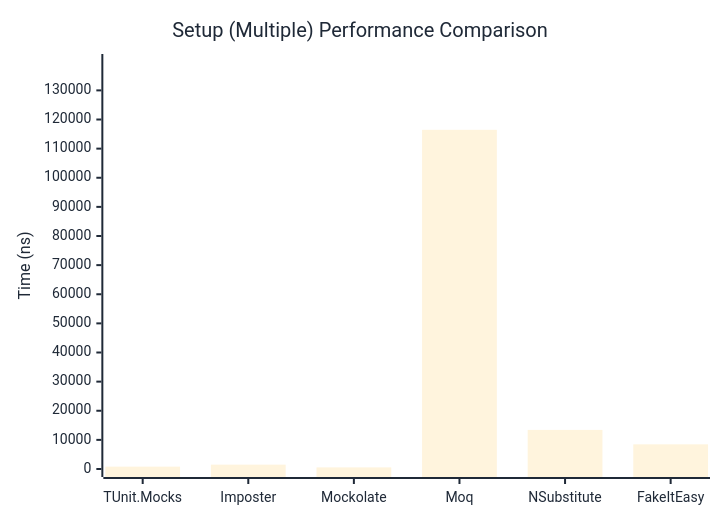
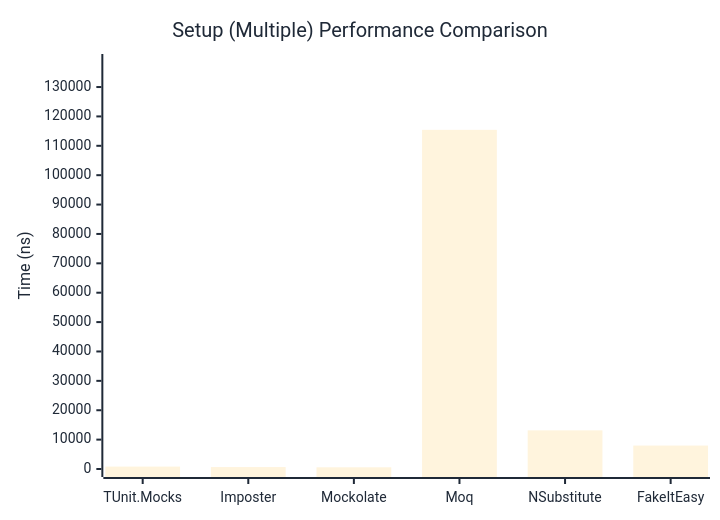
Before and after one commit to thomhurst/TUnit: the second of 2 diagrams in docs/docs/benchmarks/mocks/Setup.md, drawn with Mermaid. The commit also changed other lines of this file and 14 other files, not shown here.

````diff
--- a/docs/docs/benchmarks/mocks/Setup.md
+++ b/docs/docs/benchmarks/mocks/Setup.md
@@ -71,27 +71,27 @@
 ```mermaid
 %%{init: {
   'theme':'base',
   'themeVariables': {
     'primaryColor': '#2563eb',
     'primaryTextColor': '#1f2937',
     'primaryBorderColor': '#1e40af',
     'lineColor': '#6b7280',
     'secondaryColor': '#7c3aed',
     'tertiaryColor': '#dc2626',
     'background': '#ffffff',
     'pie1': '#2563eb',
     'pie2': '#7c3aed',
     'pie3': '#dc2626',
     'pie4': '#f59e0b',
     'pie5': '#10b981',
     'pie6': '#06b6d4',
     'pie7': '#ec4899',
     'pie8': '#6366f1'
   }
 }}%%
 xychart-beta
   title "Setup (Multiple) Performance Comparison"
   x-axis ["TUnit.Mocks", "Imposter", "Mockolate", "Moq", "NSubstitute", "FakeItEasy"]
-  y-axis "Time (ns)" 0 --> 139745
-  bar [805.4, 1493.6, 550.1, 116454, 13423.5, 8465.4]
+  y-axis "Time (ns)" 0 --> 138521
+  bar [817, 658.1, 574.3, 115433.6, 13151.5, 7977.2]
 ```
````
